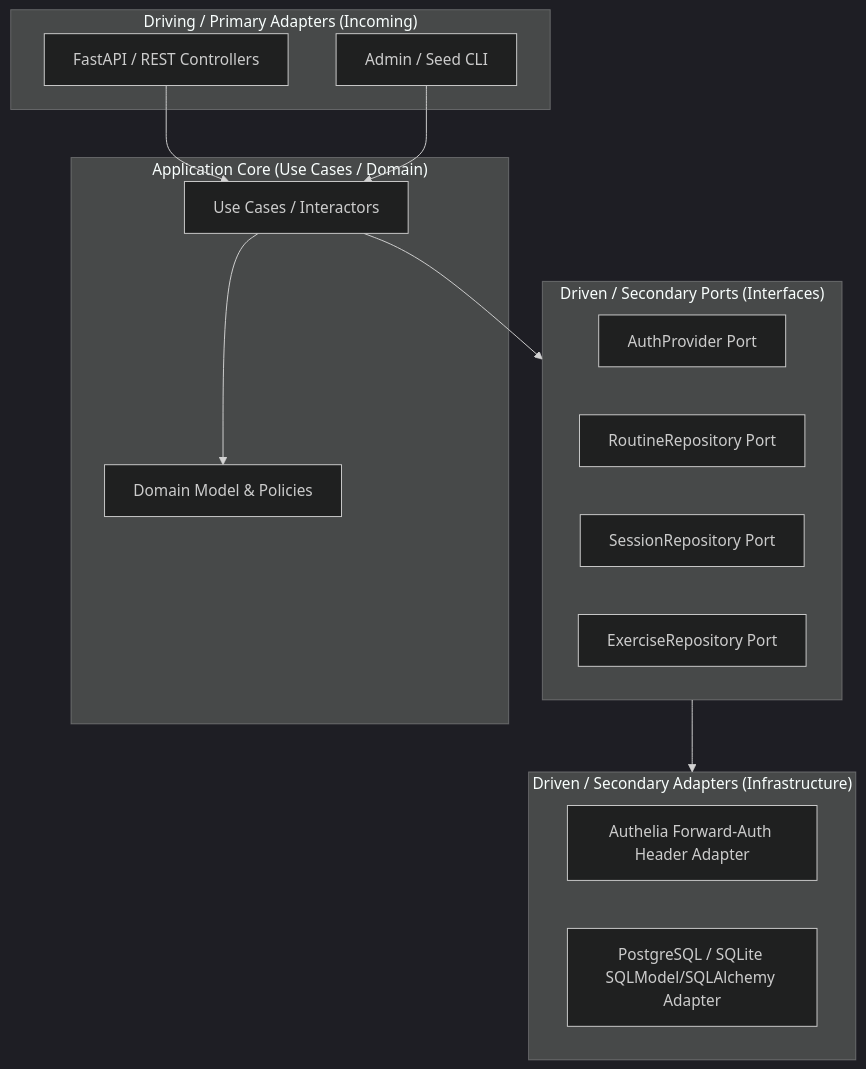
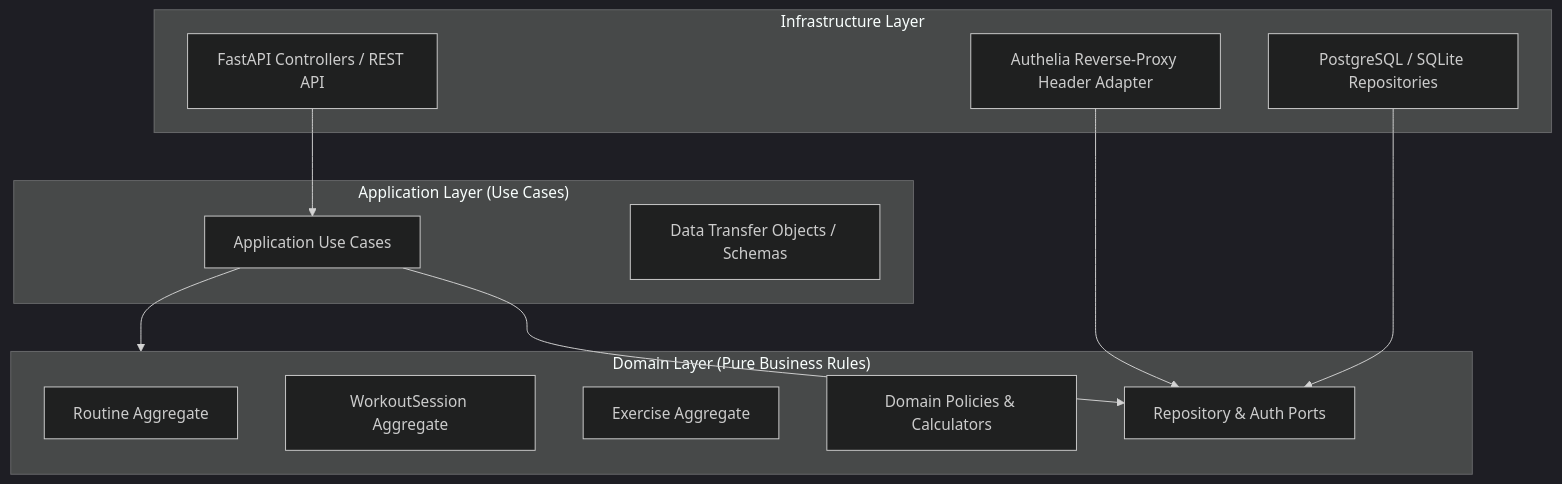
Before and after one commit to kiskaadee/praxis: the sixth of 6 diagrams in docs/praxis-domain-model.md, drawn with Mermaid (dark theme). The commit also changed other lines of this file and 4 other files, not shown here.

````diff
--- a/docs/praxis-domain-model.md
+++ b/docs/praxis-domain-model.md
@@ -475,30 +458,27 @@
 ```mermaid
 graph TD
-    subgraph DrivingAdapters["Driving / Primary Adapters (Incoming)"]
-        API[FastAPI / REST Controllers]
-        CLI[Admin / Seed CLI]
+    subgraph Infrastructure["Infrastructure Layer"]
+        FastAPI[FastAPI Controllers / REST API]
+        AuthAdapter[Authelia Reverse-Proxy Header Adapter]
+        SQLRepo[PostgreSQL / SQLite Repositories]
     end
 
-    subgraph ApplicationCore["Application Core (Use Cases / Domain)"]
-        UC[Use Cases / Interactors]
-        DM[Domain Model & Policies]
+    subgraph Application["Application Layer (Use Cases)"]
+        UC[Application Use Cases]
+        DTO[Data Transfer Objects / Schemas]
     end
 
-    subgraph DrivenPorts["Driven / Secondary Ports (Interfaces)"]
-        IPort_Auth[AuthProvider Port]
-        IPort_Routine[RoutineRepository Port]
-        IPort_Session[SessionRepository Port]
-        IPort_Exercise[ExerciseRepository Port]
+    subgraph Domain["Domain Layer (Pure Business Rules)"]
+        Agg_Routine[Routine Aggregate]
+        Agg_Session[WorkoutSession Aggregate]
+        Agg_Exercise[Exercise Aggregate]
+        DomainServices[Domain Policies & Calculators]
+        Ports[Repository & Auth Ports]
     end
 
-    subgraph DrivenAdapters["Driven / Secondary Adapters (Infrastructure)"]
-        AuthHeader[Authelia Forward-Auth Header Adapter]
-        SQLRepo[PostgreSQL / SQLite SQLModel/SQLAlchemy Adapter]
-    end
-
-    API --> UC
-    CLI --> UC
-    UC --> DM
-    UC --> DrivenPorts
-    DrivenPorts --> DrivenAdapters
+    FastAPI --> UC
+    UC --> Domain
+    UC --> Ports
+    AuthAdapter --> Ports
+    SQLRepo --> Ports
 ```
````
